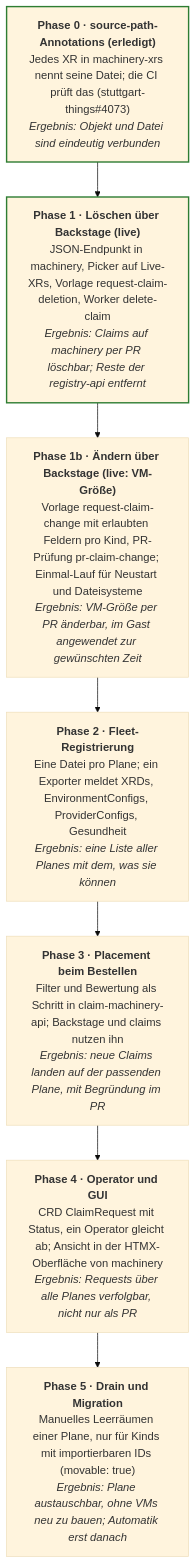
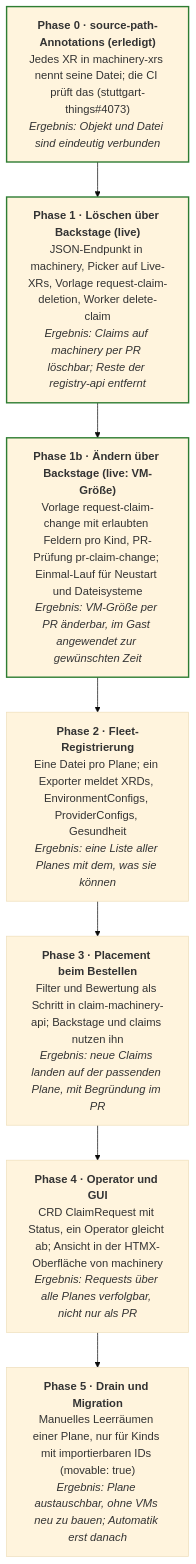
Before and after one commit to stuttgart-things/machinery: the fourth of 4 diagrams in docs/design/claim-scheduler.md, drawn with Mermaid (base theme). The commit also changed other lines of this file, not shown here.

````diff
--- a/docs/design/claim-scheduler.md
+++ b/docs/design/claim-scheduler.md
@@ -267,13 +279,14 @@
 ```mermaid
 flowchart TB
     p0["<b>Phase 0 · source-path-Annotations (erledigt)</b><br/>Jedes XR in machinery-xrs nennt seine Datei; die CI prüft das (stuttgart-things#4073)<br/><i>Ergebnis: Objekt und Datei sind eindeutig verbunden</i>"]
     p1["<b>Phase 1 · Löschen über Backstage (live)</b><br/>JSON-Endpunkt in machinery, Picker auf Live-XRs, Vorlage request-claim-deletion, Worker delete-claim<br/><i>Ergebnis: Claims auf machinery per PR löschbar; Reste der registry-api entfernt</i>"]
     p1b["<b>Phase 1b · Ändern über Backstage (live: VM-Größe)</b><br/>Vorlage request-claim-change mit erlaubten Feldern pro Kind, PR-Prüfung pr-claim-change; Einmal-Lauf für Neustart und Dateisysteme<br/><i>Ergebnis: VM-Größe per PR änderbar, im Gast angewendet zur gewünschten Zeit</i>"]
     p2["<b>Phase 2 · Fleet-Registrierung</b><br/>Eine Datei pro Plane; ein Exporter meldet XRDs, EnvironmentConfigs, ProviderConfigs, Gesundheit<br/><i>Ergebnis: eine Liste aller Planes mit dem, was sie können</i>"]
     p3["<b>Phase 3 · Placement beim Bestellen</b><br/>Filter und Bewertung als Schritt in claim-machinery-api; Backstage und claims nutzen ihn<br/><i>Ergebnis: neue Claims landen auf der passenden Plane, mit Begründung im PR</i>"]
     p4["<b>Phase 4 · Operator und GUI</b><br/>CRD ClaimRequest mit Status, ein Operator gleicht ab; Ansicht in der HTMX-Oberfläche von machinery<br/><i>Ergebnis: Requests über alle Planes verfolgbar, nicht nur als PR</i>"]
     p5["<b>Phase 5 · Drain und Migration</b><br/>Manuelles Leerräumen einer Plane, nur für Kinds mit importierbaren IDs (movable: true)<br/><i>Ergebnis: Plane austauschbar, ohne VMs neu zu bauen; Automatik erst danach</i>"]
     p0 --> p1 --> p1b --> p2 --> p3 --> p4 --> p5
     style p0 stroke:#2e7d32,stroke-width:2px
     style p1 stroke:#2e7d32,stroke-width:2px
+    style p1b stroke:#2e7d32,stroke-width:2px
 ```
````
